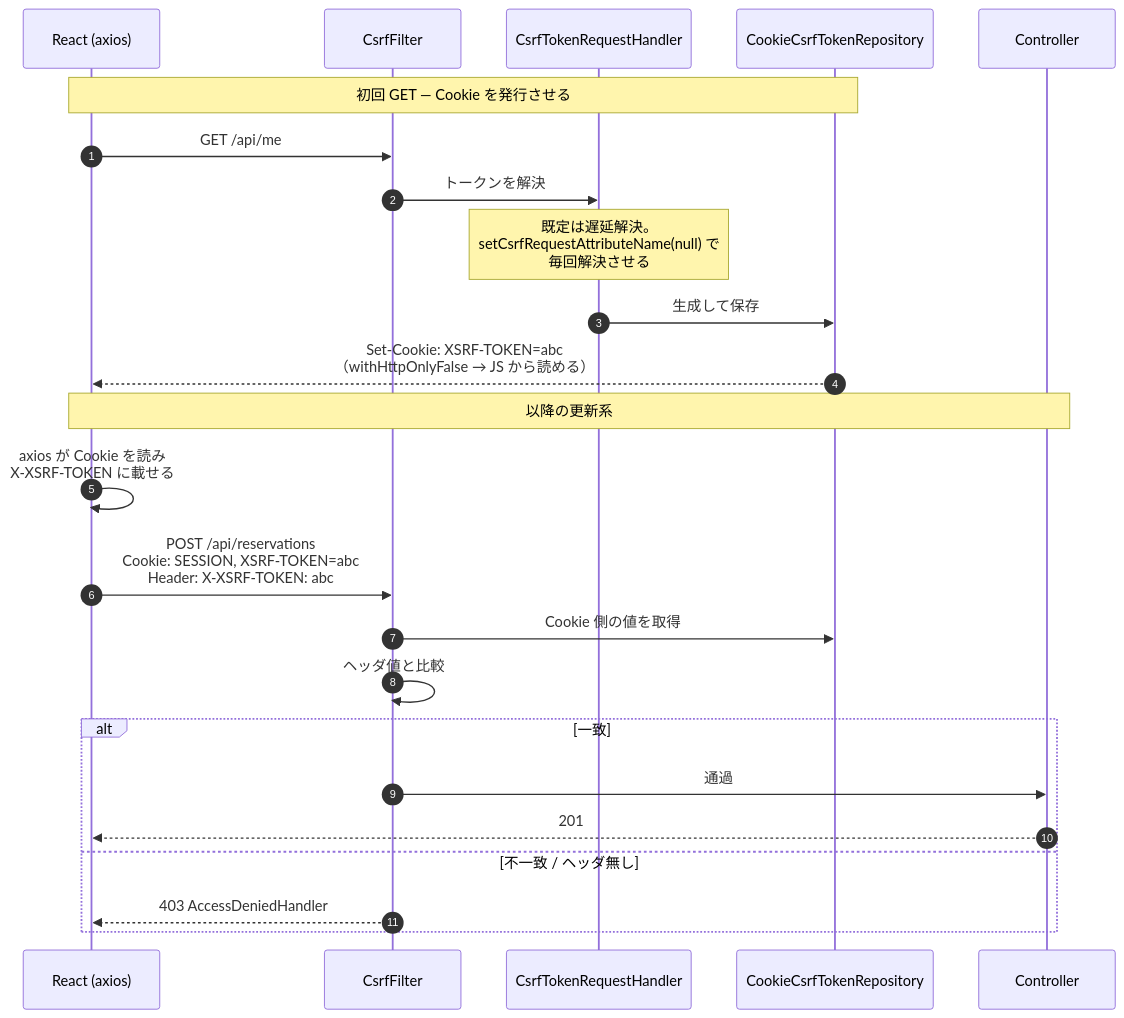
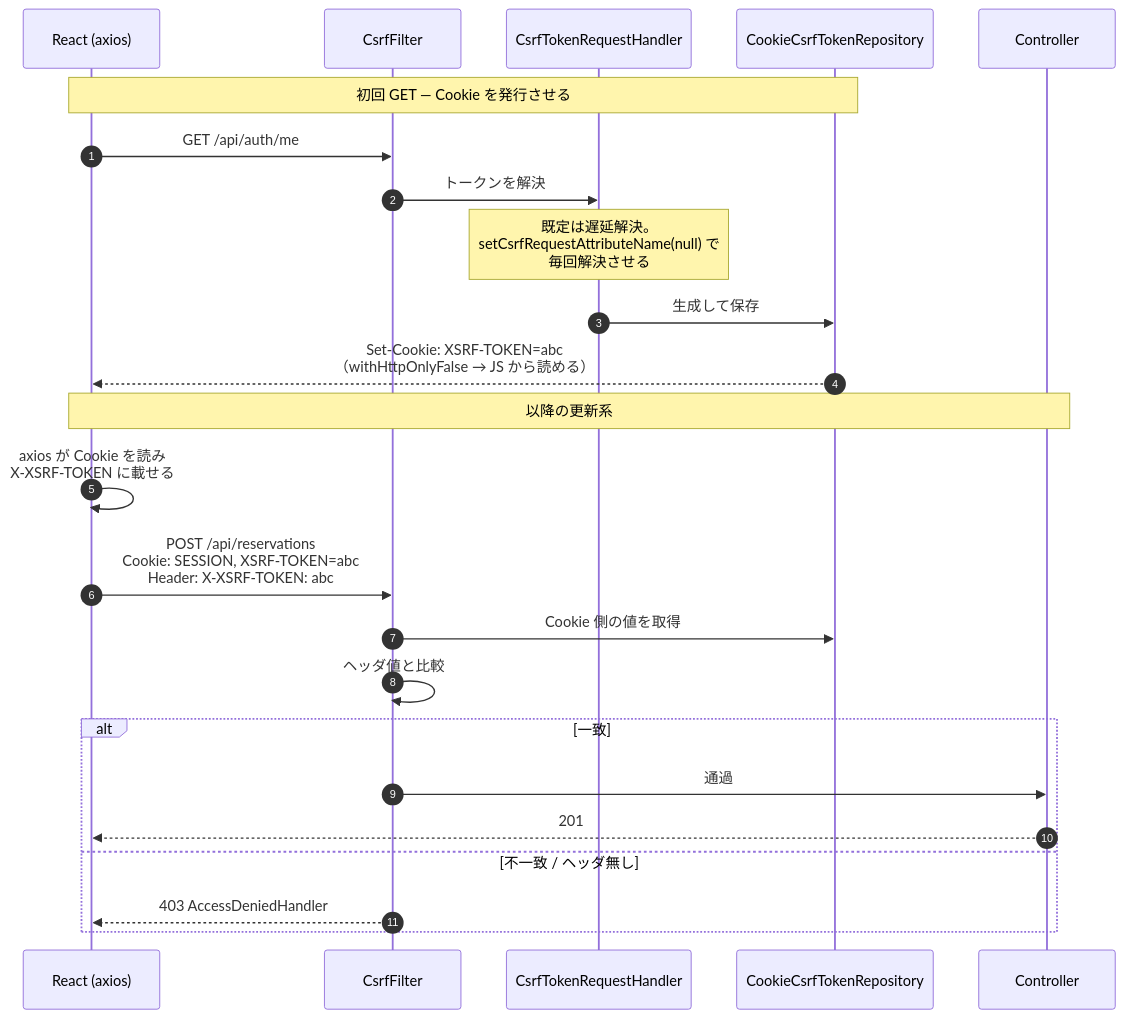
The fifth of 10 diagrams in docs/design/authentication-flow.md (slcwr/space-reserve), drawn with Mermaid before and after one commit. The commit also changed other lines of this file, not shown here.

````diff
--- a/docs/design/authentication-flow.md
+++ b/docs/design/authentication-flow.md
@@ -182,28 +203,28 @@
 ```mermaid
 sequenceDiagram
     autonumber
     participant C as React (axios)
     participant CF as CsrfFilter
     participant H as CsrfTokenRequestHandler
     participant Repo as CookieCsrfTokenRepository
     participant Ctl as Controller
 
     Note over C,Repo: 初回 GET — Cookie を発行させる
-    C->>CF: GET /api/me
+    C->>CF: GET /api/auth/me
     CF->>H: トークンを解決
     Note over H: 既定は遅延解決。<br/>setCsrfRequestAttributeName(null) で<br/>毎回解決させる
     H->>Repo: 生成して保存
     Repo-->>C: Set-Cookie: XSRF-TOKEN=abc<br/>（withHttpOnlyFalse → JS から読める）
 
     Note over C,Ctl: 以降の更新系
     C->>C: axios が Cookie を読み<br/>X-XSRF-TOKEN に載せる
     C->>CF: POST /api/reservations<br/>Cookie: SESSION, XSRF-TOKEN=abc<br/>Header: X-XSRF-TOKEN: abc
     CF->>Repo: Cookie 側の値を取得
     CF->>CF: ヘッダ値と比較
     alt 一致
         CF->>Ctl: 通過
         Ctl-->>C: 201
     else 不一致 / ヘッダ無し
         CF-->>C: 403 AccessDeniedHandler
     end
 ```
````
